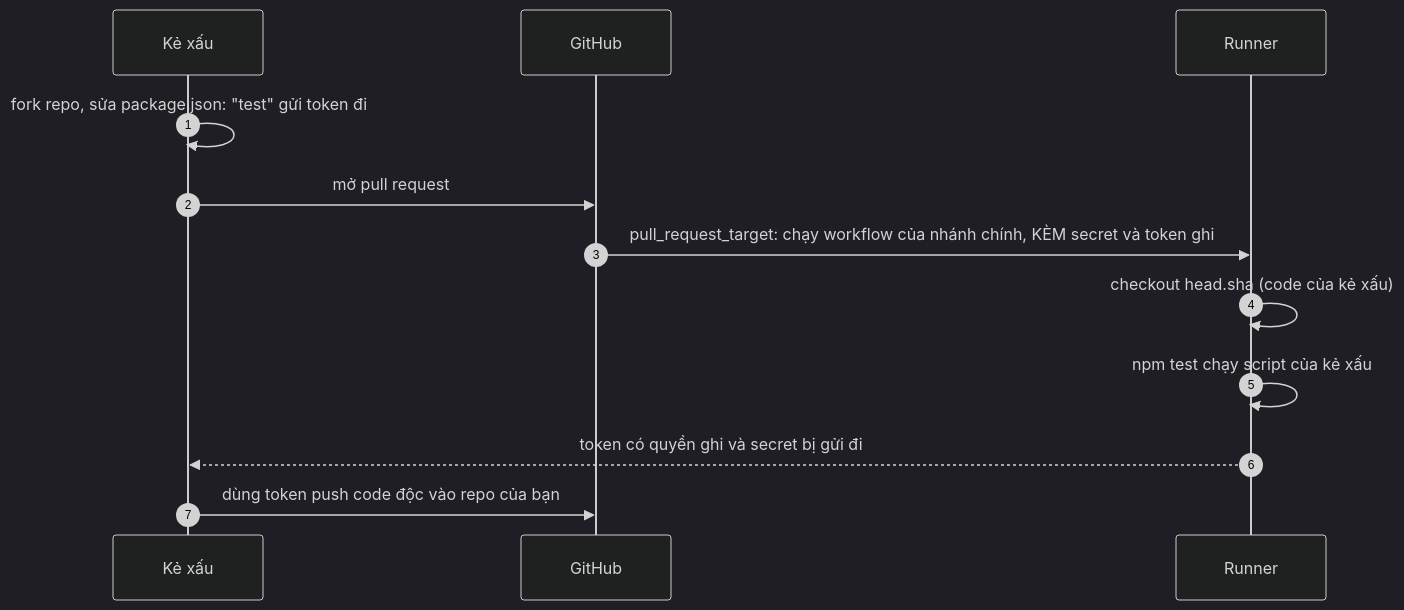
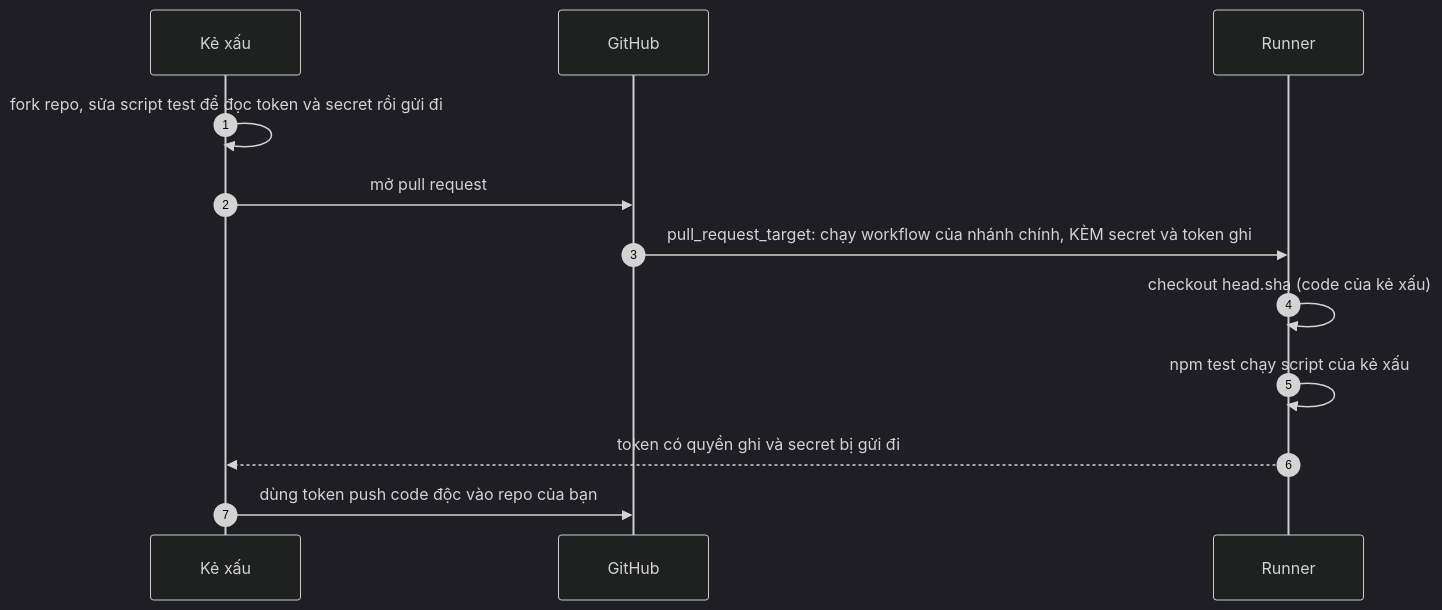
The diagram in tracks/github-actions-basics/modules/07-workflow-security/lessons/02-fork-pull-requests.md (hcmute-dsc/learning-hub-track-github-actions-basics), drawn with Mermaid (dark theme) before and after one commit. The commit also changed other lines of this file and 31 other files, not shown here.

````diff
--- a/tracks/github-actions-basics/modules/07-workflow-security/lessons/02-fork-pull-requests.md
+++ b/tracks/github-actions-basics/modules/07-workflow-security/lessons/02-fork-pull-requests.md
@@ -70,14 +73,14 @@
 ```mermaid
 sequenceDiagram
   autonumber
   participant K as Kẻ xấu
   participant G as GitHub
   participant R as Runner
-  K->>K: fork repo, sửa package.json: "test" gửi token đi
+  K->>K: fork repo, sửa script test để đọc token và secret rồi gửi đi
   K->>G: mở pull request
   G->>R: pull_request_target: chạy workflow của nhánh chính, KÈM secret và token ghi
   R->>R: checkout head.sha (code của kẻ xấu)
   R->>R: npm test chạy script của kẻ xấu
   R-->>K: token có quyền ghi và secret bị gửi đi
   K->>G: dùng token push code độc vào repo của bạn
 ```
````
